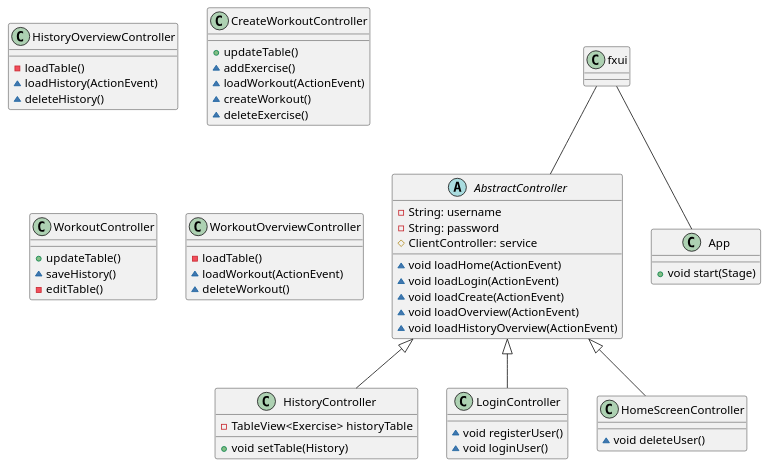
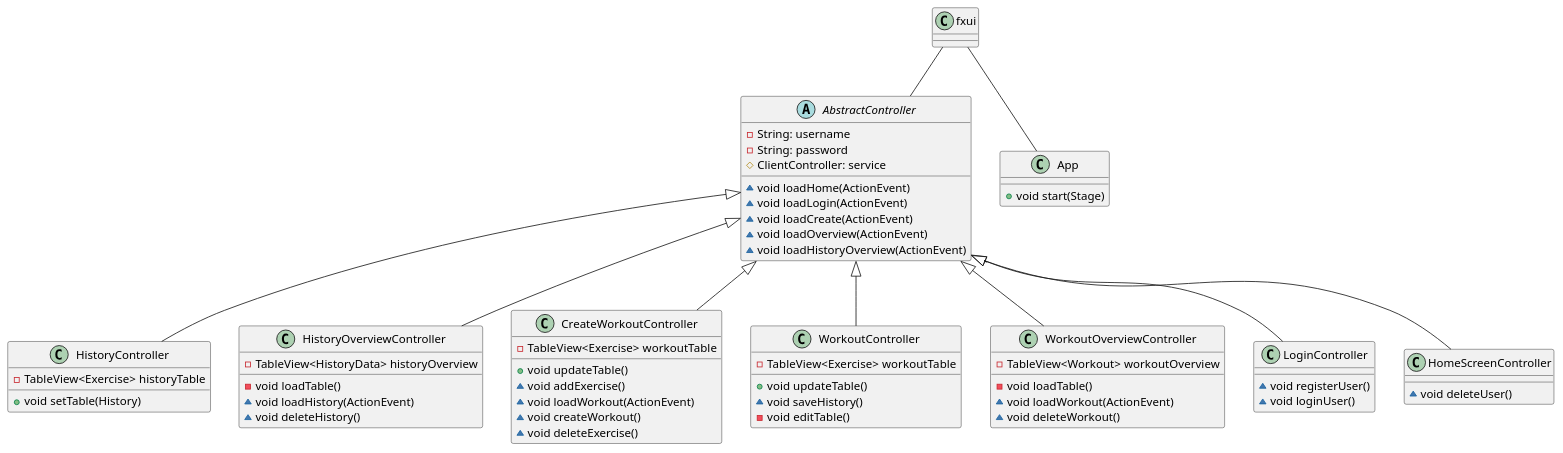
The diagram in docs/diagrams/fxuiDiagram.puml (Madt2/IT1901-Prosjekt-host-2021), drawn with PlantUML before and after one commit. The commit also changed 1 other file, not shown here.

Commit message:
Updated/Added class diagram for json, core, rest, fxui and fxml

```diff
--- a/docs/diagrams/fxuiDiagram.puml
+++ b/docs/diagrams/fxuiDiagram.puml
@@ -1,61 +1,65 @@
 @startuml Fxui Diagram
 class HistoryController extends AbstractController{
   -TableView<Exercise> historyTable
   +void setTable(History)
 }
 
-class HistoryOverviewController {
-  -loadTable()
-  ~loadHistory(ActionEvent)
-  ~deleteHistory()
+class HistoryOverviewController extends AbstractController{
+  -TableView<HistoryData> historyOverview
+  -void loadTable()
+  ~void loadHistory(ActionEvent)
+  ~void deleteHistory()
 }
 
-class CreateWorkoutController {
-  +updateTable()
-  ~addExercise()
-  ~loadWorkout(ActionEvent)
-  ~createWorkout()
-  ~deleteExercise()
+class CreateWorkoutController extends AbstractController{
+  -TableView<Exercise> workoutTable
+  +void updateTable()
+  ~void addExercise()
+  ~void loadWorkout(ActionEvent)
+  ~void createWorkout()
+  ~void deleteExercise()
 }
 
 abstract class AbstractController {
   - String: username
   - String: password
   # ClientController: service 
 
   ~void loadHome(ActionEvent)
   ~void loadLogin(ActionEvent)
   ~void loadCreate(ActionEvent)
   ~void loadOverview(ActionEvent)
   ~void loadHistoryOverview(ActionEvent)
 }
 
-class WorkoutController {
-  +updateTable()
-  ~saveHistory()
-  -editTable()
+class WorkoutController extends AbstractController{
+  -TableView<Exercise> workoutTable
+  +void updateTable()
+  ~void saveHistory()
+  -void editTable()
 }
 
-class WorkoutOverviewController {
-  -loadTable()
-  ~loadWorkout(ActionEvent)
-  ~deleteWorkout()
+class WorkoutOverviewController extends AbstractController{
+  -TableView<Workout> workoutOverview
+  -void loadTable()
+  ~void loadWorkout(ActionEvent)
+  ~void deleteWorkout()
 }
 
 class LoginController extends AbstractController{
   ~void registerUser()
   ~void loginUser()
 }
 
 class HomeScreenController extends AbstractController{
   ~void deleteUser()
 }
 
 class App {
   +void start(Stage)
 }
 
 fxui -- AbstractController
 fxui -- App
 
 @enduml
```
